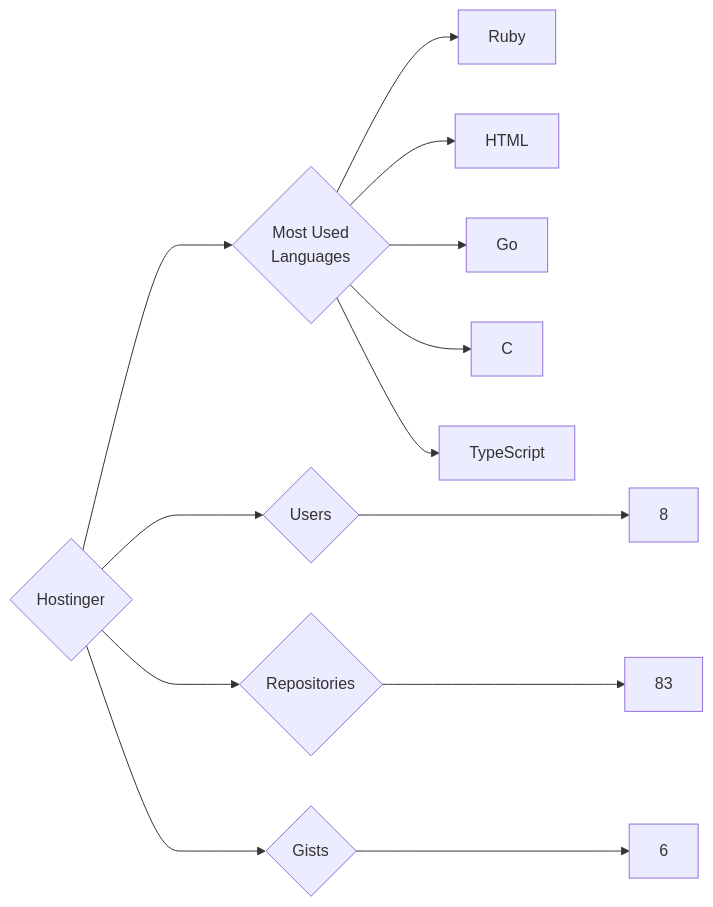
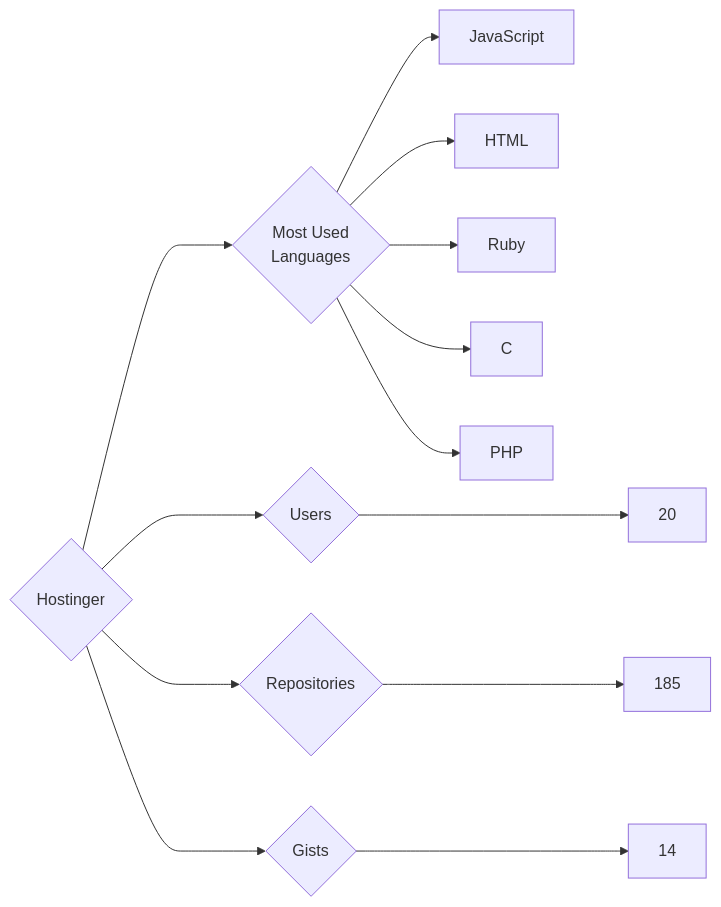
Before and after one commit to trickest/insiders: the diagram in targets/Hostinger/README.md, drawn with Mermaid. The commit also changed 882 other files, not shown here.

````diff
--- a/targets/Hostinger/README.md
+++ b/targets/Hostinger/README.md
@@ -3,13 +3,13 @@
 ```mermaid
 graph LR
 COMPANY_NAME{Hostinger}
-COMPANY_NAME ---> U{Users} ---> UN[8]
-COMPANY_NAME ---> R{Repositories} ---> RN[83]
-COMPANY_NAME ---> G{Gists} ---> GN[6]
+COMPANY_NAME ---> U{Users} ---> UN[20]
+COMPANY_NAME ---> R{Repositories} ---> RN[185]
+COMPANY_NAME ---> G{Gists} ---> GN[14]
 COMPANY_NAME ---> ML{Most Used<br>Languages}
+ML --> JavaScript[JavaScript]
+ML --> HTML[HTML]
 ML --> Ruby[Ruby]
-ML --> HTML[HTML]
-ML --> Go[Go]
 ML --> C[C]
-ML --> TypeScript[TypeScript]
+ML --> PHP[PHP]
 ```
````
